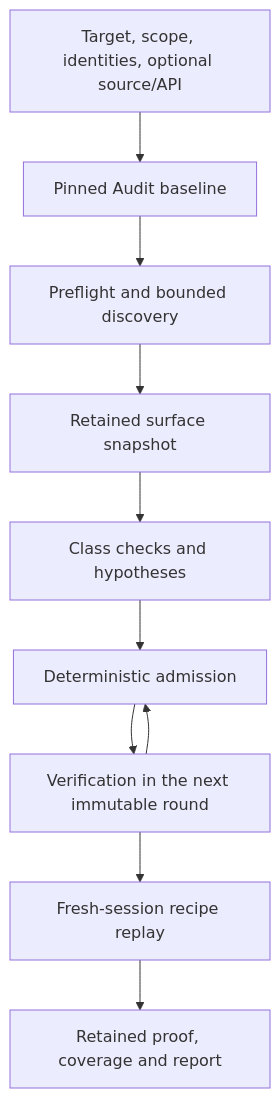
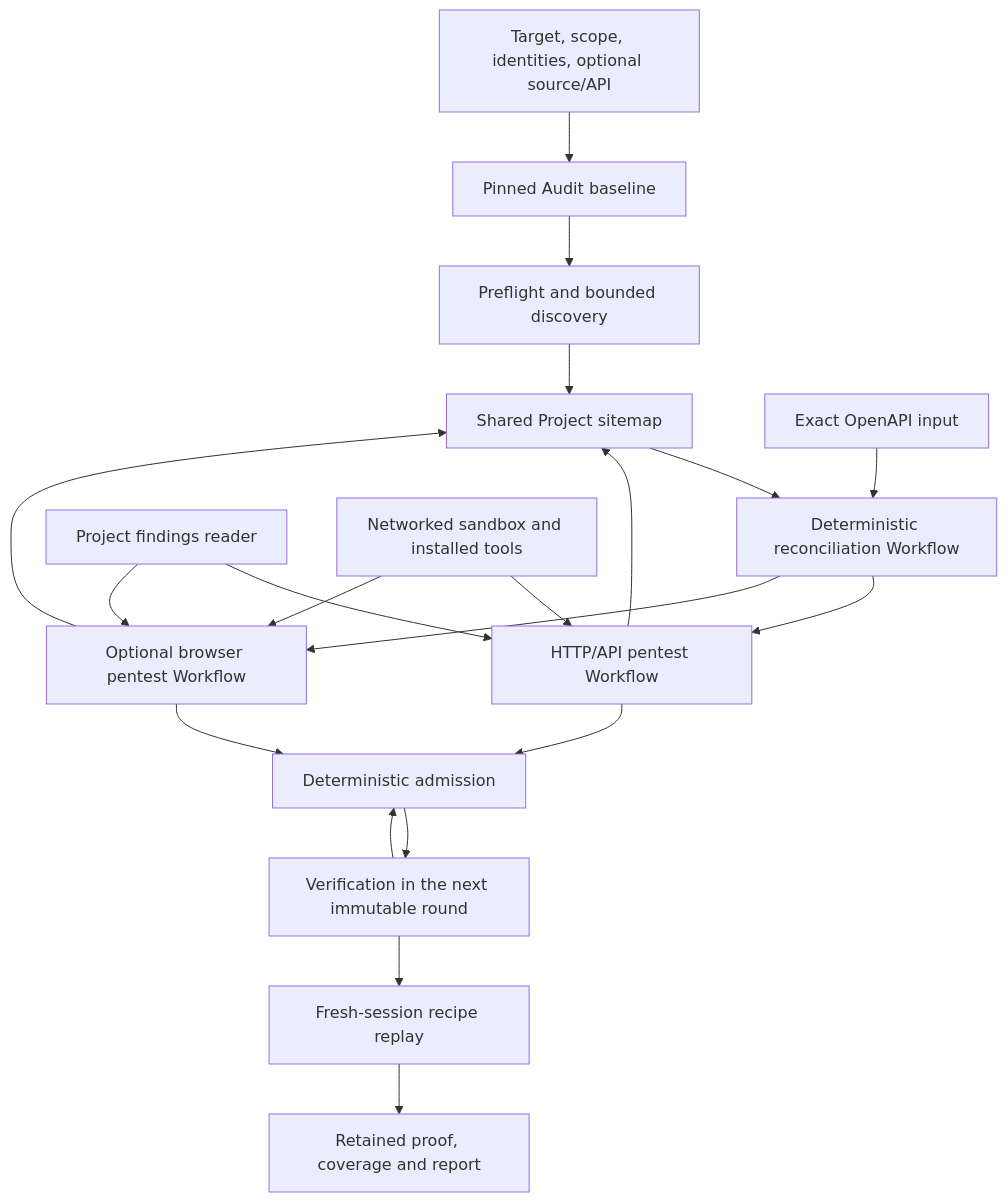
Before and after one commit to grauwolf32/contractor: the diagram in docs/proposals/0033-autonomous-pentest-audits.md, drawn with Mermaid. The commit also changed other lines of this file and 1 other file, not shown here.

First line of the commit message:
docs(pentest): define composable audits and live project sitemap

````diff
--- a/docs/proposals/0033-autonomous-pentest-audits.md
+++ b/docs/proposals/0033-autonomous-pentest-audits.md
@@ -66,12 +96,22 @@
 ```mermaid
 flowchart TD
   I[Target, scope, identities, optional source/API] --> B[Pinned Audit baseline]
   B --> D[Preflight and bounded discovery]
-  D --> S[Retained surface snapshot]
-  S --> H[Class checks and hypotheses]
+  D --> S[Shared Project sitemap]
+  O[Exact OpenAPI input] --> M[Deterministic reconciliation Workflow]
+  S --> M
+  M --> H[HTTP/API pentest Workflow]
+  M --> W[Optional browser pentest Workflow]
+  P[Project findings reader] --> H
+  P --> W
+  X[Networked sandbox and installed tools] --> H
+  X --> W
   H --> A[Deterministic admission]
+  W --> A
+  H --> S
+  W --> S
   A --> V[Verification in the next immutable round]
   V --> R[Fresh-session recipe replay]
   R --> F[Retained proof, coverage and report]
   V --> A
 ```
````
